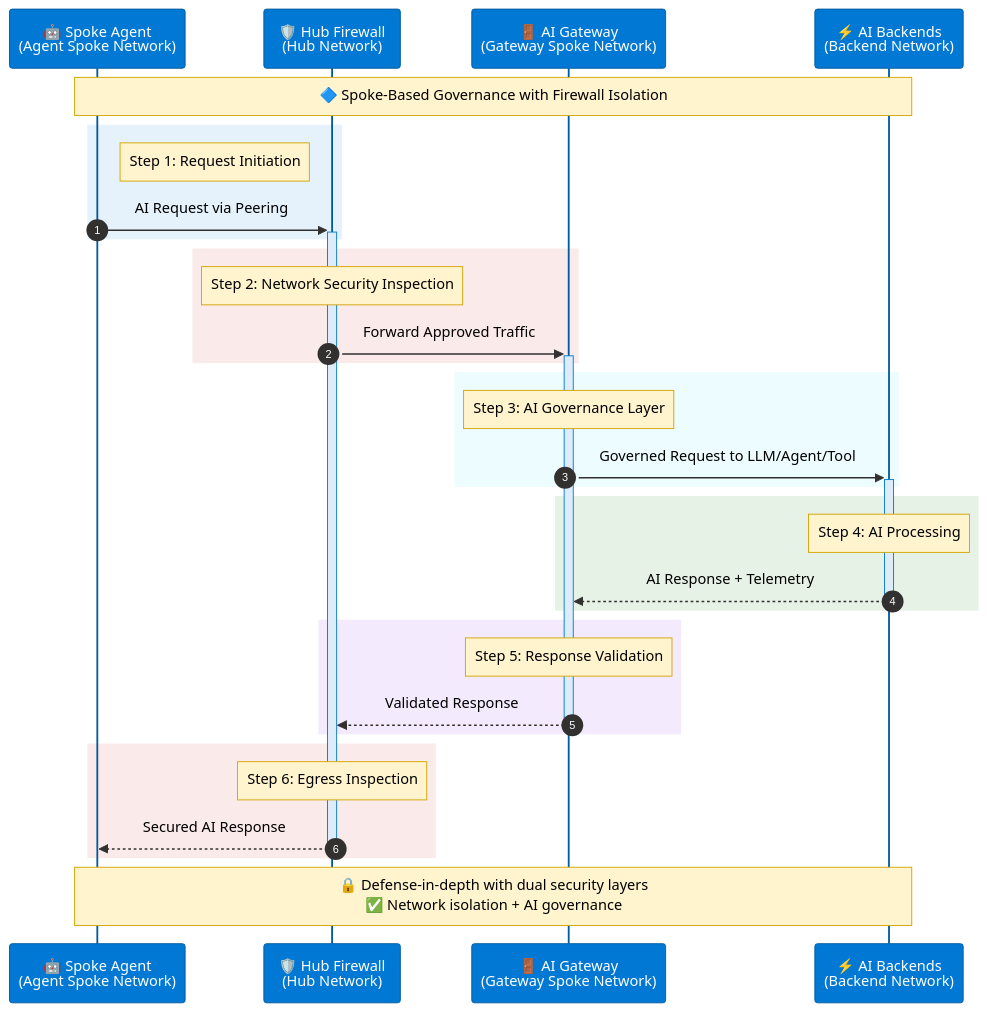
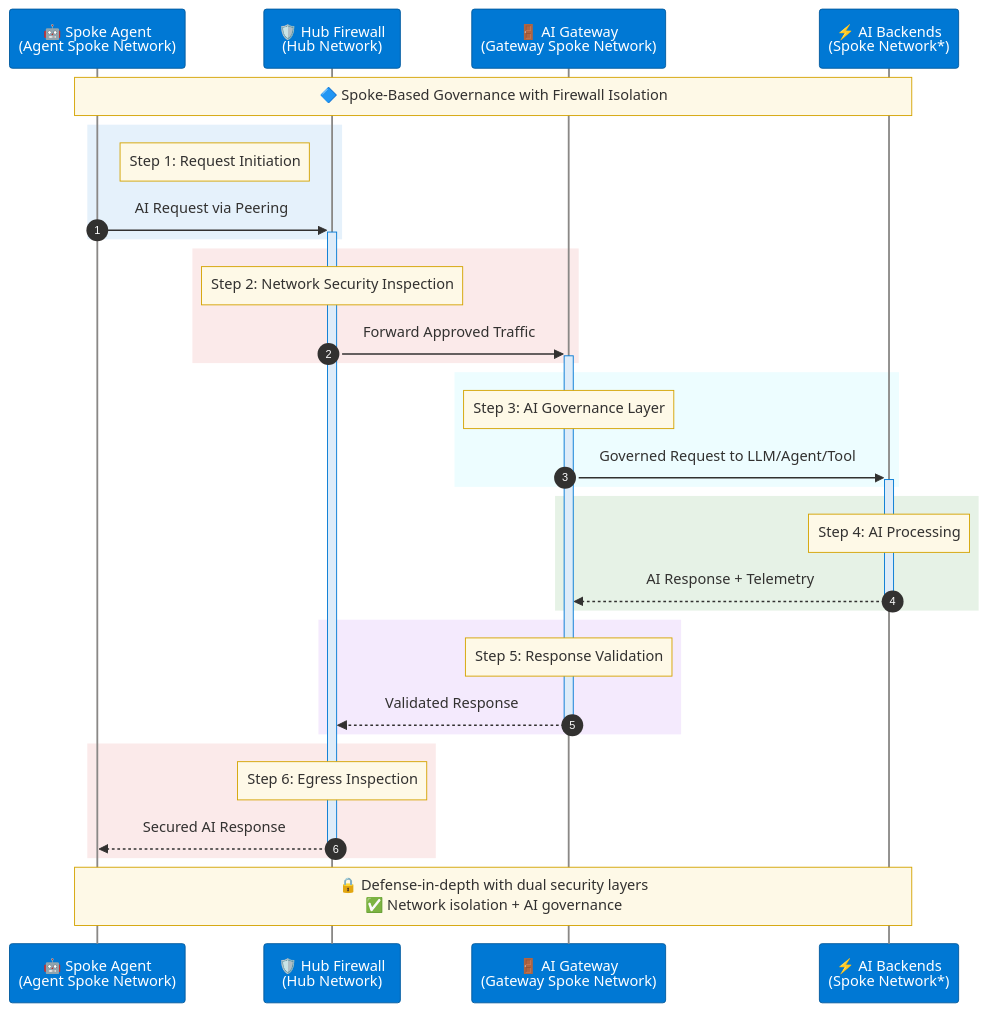
One commit to Azure-Samples/ai-hub-gateway-solution-accelerator changed the second of 2 diagrams in CITADEL-README.md. Above: the diagram before and after it, drawn with Mermaid. The commit also changed other lines of this file, not shown here.

Commit message:
updated network seq

````diff
--- a/CITADEL-README.md
+++ b/CITADEL-README.md
@@ -186,70 +188,70 @@
 ```mermaid
 %%{init: {
   'theme': 'base',
   'themeVariables': {
     'primaryColor': '#0078d4',
-    'primaryTextColor': '#000',
+    'primaryTextColor': '#fff',
     'primaryBorderColor': '#0078d4',
-    'lineColor': '#605e5c',
+    'lineColor': '#8a8886',
     'secondaryColor': '#d13438',
     'tertiaryColor': '#f3f2f1',
-    'noteBkgColor': '#fff4ce',
-    'noteTextColor': '#000',
+    'noteBkgColor': '#fef9e7',
+    'noteTextColor': '#323130',
     'noteBorderColor': '#d4a300',
     'actorBkg': '#0078d4',
     'actorBorder': '#005a9e',
     'actorTextColor': '#fff',
-    'actorLineColor': '#005a9e',
+    'actorLineColor': '#8a8886',
     'signalColor': '#323130',
-    'signalTextColor': '#000',
-    'labelBoxBkgColor': '#edebe9',
-    'labelBoxBorderColor': '#8a8886',
-    'labelTextColor': '#000',
-    'loopTextColor': '#000',
+    'signalTextColor': '#323130',
+    'labelBoxBkgColor': '#e1dfdd',
+    'labelBoxBorderColor': '#605e5c',
+    'labelTextColor': '#323130',
+    'loopTextColor': '#323130',
     'activationBorderColor': '#0078d4',
     'activationBkgColor': '#deecf9',
     'sequenceNumberColor': '#fff'
   }
 }}%%
 sequenceDiagram
     autonumber
     
     participant Agent as 🤖 Spoke Agent<br/>(Agent Spoke Network)
     participant Firewall as 🛡️ Hub Firewall<br/>(Hub Network)
     participant Gateway as 🚪 AI Gateway<br/>(Gateway Spoke Network)
-    participant Backends as ⚡ AI Backends<br/>(Backend Network)
+    participant Backends as ⚡ AI Backends<br/>(Spoke Network*)
 
     Note over Agent,Backends: 🔷 Spoke-Based Governance with Firewall Isolation
     
     rect rgba(0, 120, 212, 0.1)
         Note right of Agent: Step 1: Request Initiation
         Agent->>+Firewall: AI Request via Peering
     end
     
     rect rgba(209, 52, 56, 0.1)
         Note over Firewall: Step 2: Network Security Inspection
         Firewall->>+Gateway: Forward Approved Traffic
     end
     
     rect rgba(80, 230, 255, 0.1)
         Note over Gateway: Step 3: AI Governance Layer
         Gateway->>+Backends: Governed Request to LLM/Agent/Tool
     end
     
     rect rgba(16, 124, 16, 0.1)
         Note over Backends: Step 4: AI Processing
         Backends-->>-Gateway: AI Response + Telemetry
     end
     
     rect rgba(147, 51, 234, 0.1)
         Note over Gateway: Step 5: Response Validation
         Gateway-->>-Firewall: Validated Response
     end
     
     rect rgba(209, 52, 56, 0.1)
         Note over Firewall: Step 6: Egress Inspection
         Firewall-->>-Agent: Secured AI Response
     end
     
     Note over Agent,Backends: 🔒 Defense-in-depth with dual security layers<br/>✅ Network isolation + AI governance
 ```
````
